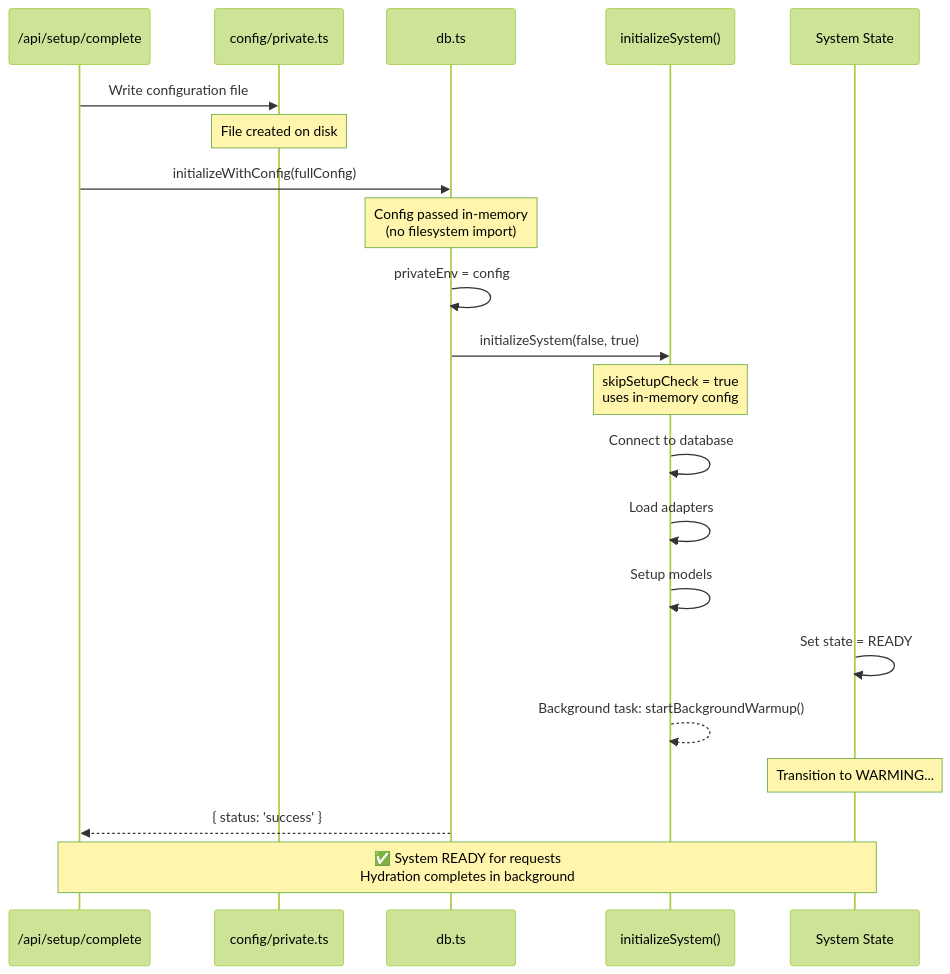
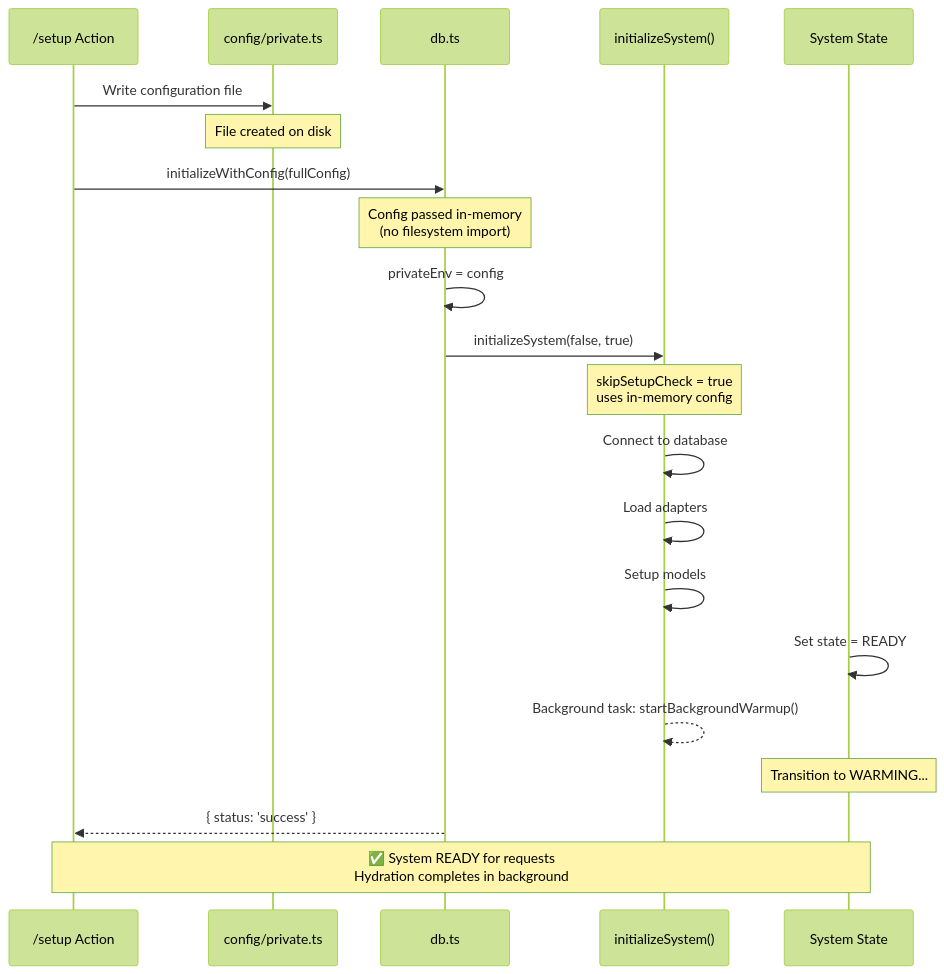
One commit to SveltyCMS/SveltyCMS changed the first of 2 diagrams in docs/database/database-methods.mdx. Above: the diagram before and after it, drawn with Mermaid (forest theme). The commit also changed other lines of this file and 90 other files, not shown here.

````diff
--- a/docs/database/database-methods.mdx
+++ b/docs/database/database-methods.mdx
@@ -68,30 +68,30 @@
 ```mermaid
 sequenceDiagram
-    participant Setup as /api/setup/complete
+    participant Setup as /setup Action
     participant File as config/private.ts
     participant DB as db.ts
     participant System as initializeSystem()
     participant State as System State
 
     Setup->>File: Write configuration file
     Note over File: File created on disk
 
     Setup->>DB: initializeWithConfig(fullConfig)
     Note over DB: Config passed in-memory<br/>(no filesystem import)
 
     DB->>DB: privateEnv = config
     DB->>System: initializeSystem(false, true)
     Note over System: skipSetupCheck = true<br/>uses in-memory config
 
     System->>System: Connect to database
     System->>System: Load adapters
     System->>System: Setup models
     State->>State: Set state = READY
 
     System-->>System: Background task: startBackgroundWarmup()
     Note over State: Transition to WARMING...
 
     DB-->>Setup: { status: 'success' }
 
     Note over Setup,State: ✅ System READY for requests<br/>Hydration completes in background
 ```
````
